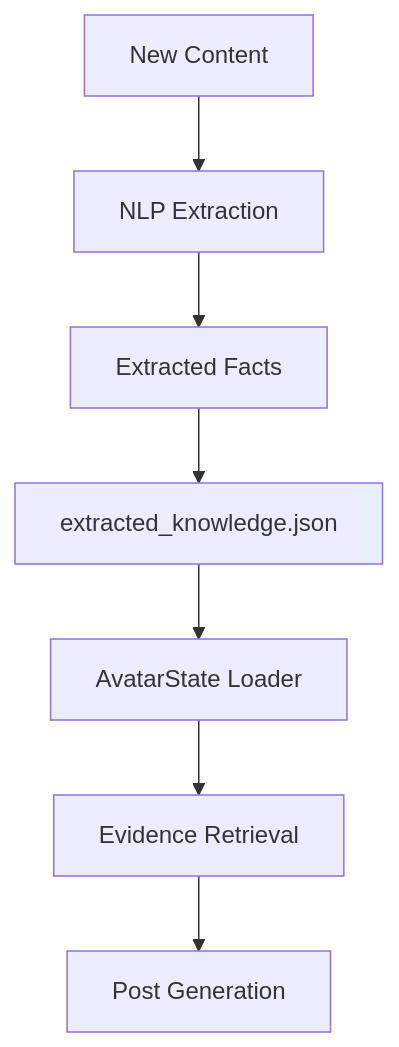
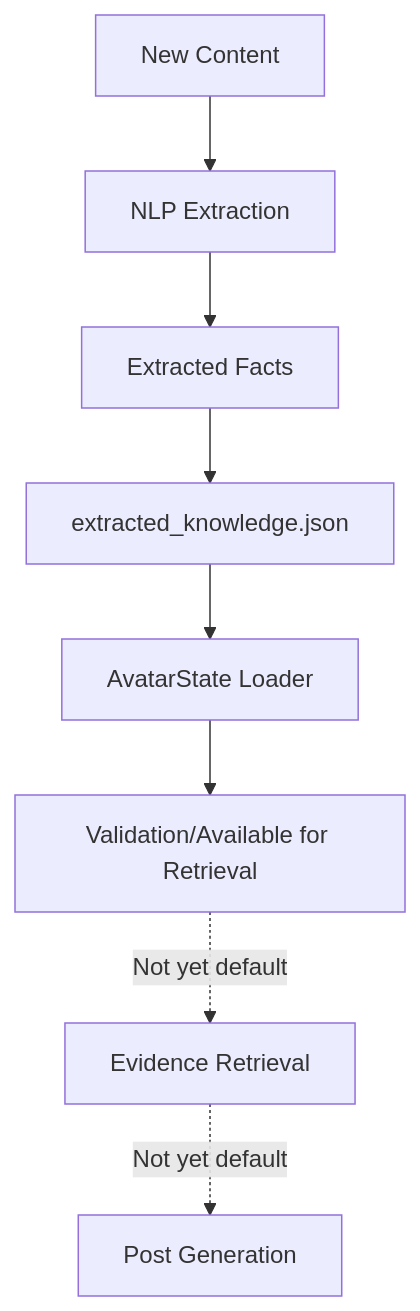
Before and after one commit to Existentialist-Robot/linkedin_ssi_booster: the second of 2 diagrams in docs/features/continual-learning/idea.md, drawn with Mermaid. The commit also changed other lines of this file, not shown here.

````diff
--- a/docs/features/continual-learning/idea.md
+++ b/docs/features/continual-learning/idea.md
@@ -36,9 +36,11 @@
 ```mermaid
 flowchart TD
   A[New Content] --> B[NLP Extraction]
   B --> C[Extracted Facts]
   C --> D[extracted_knowledge.json]
   D --> E[AvatarState Loader]
-  E --> F[Evidence Retrieval]
-  F --> G[Post Generation]
+  E --> F[Validation/Available for Retrieval]
+  %% (Dashed line for future integration)
+  F -. Not yet default .-> G[Evidence Retrieval]
+  G -. Not yet default .-> H[Post Generation]
 ```
````
